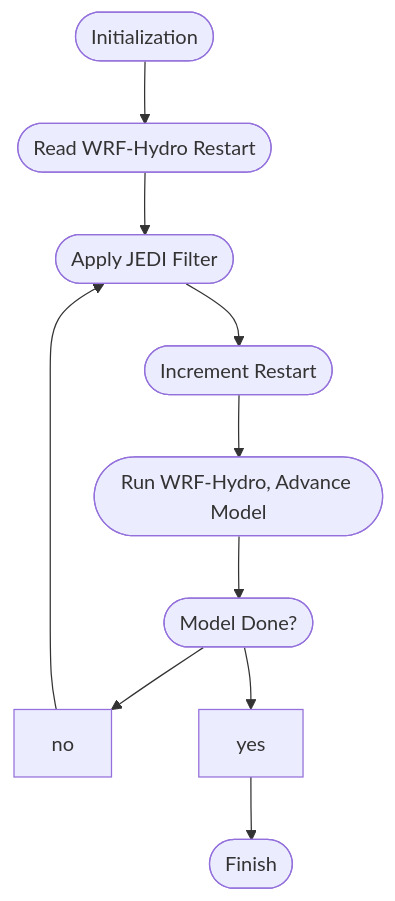
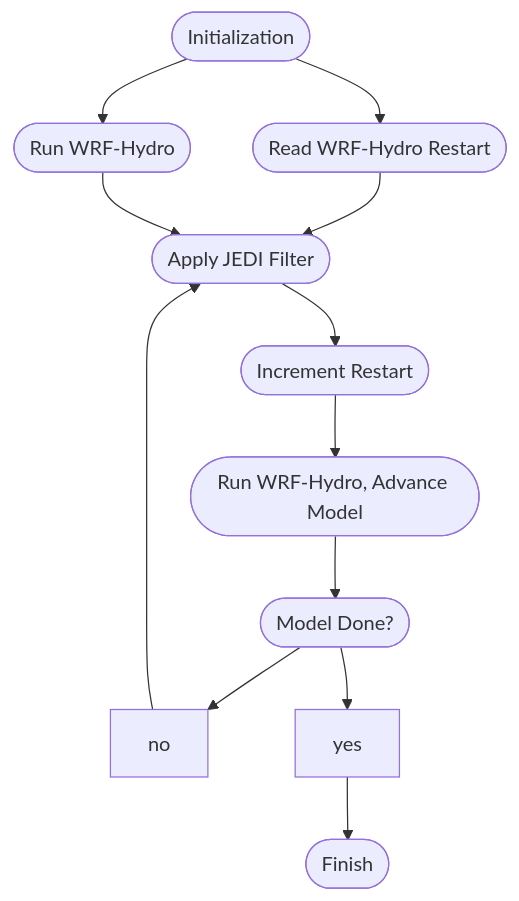
Before and after one commit to NCAR/jedi_wrfhydro_workflow: the diagram in README.md, drawn with Mermaid.

Commit message:
Updating workflow graph

````diff
--- a/README.md
+++ b/README.md
@@ -28,10 +28,14 @@
 ```mermaid
 graph TD
-    A([Initialization]) --> B([Read WRF-Hydro Restart])
-    B --> C([Apply JEDI Filter])
+    A([Initialization])
+    A --> B1([Read WRF-Hydro Restart])
+    A --> B2([Run WRF-Hydro])
+    C([Apply JEDI Filter])
+    B1 --> C
+    B2 --> C
     C --> D([Increment Restart])
     D --> F([Run WRF-Hydro, Advance Model ])
     F --> G([Model Done?])
     G --> no --> C
     G --> yes --> J([Finish])
 ```
````
